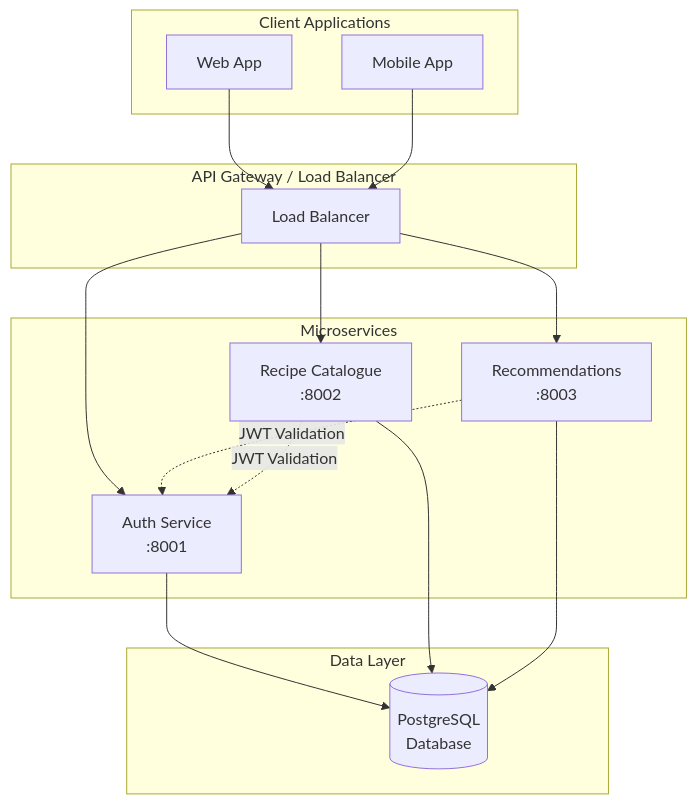
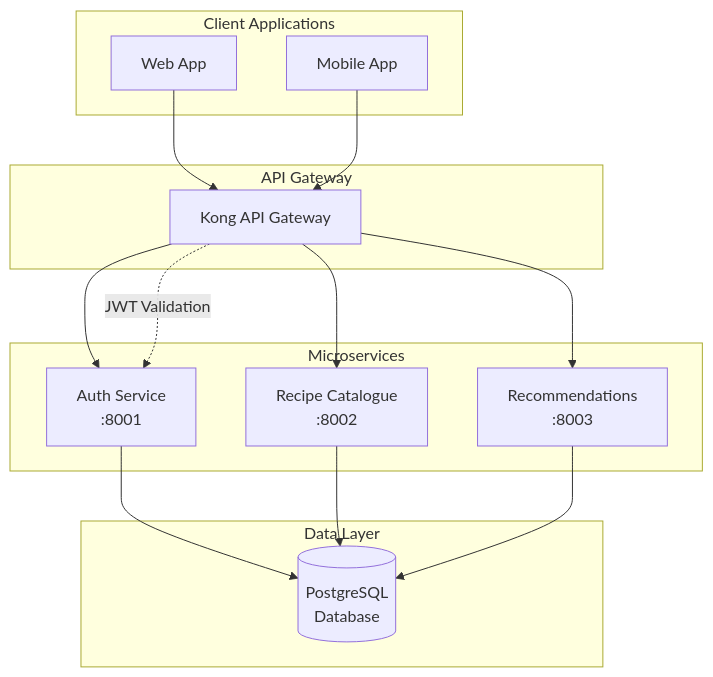
One commit to hannarijk/meal-prep changed the diagram in README.md. Above: the diagram before and after it, drawn with Mermaid. The commit also changed other lines of this file and 10 other files, not shown here.

````diff
--- a/README.md
+++ b/README.md
@@ -12,34 +12,33 @@
 ```mermaid
 graph TB
     subgraph "Client Applications"
         WEB[Web App]
         MOBILE[Mobile App]
     end
 
-    subgraph "API Gateway / Load Balancer"
-        LB[Load Balancer]
+    subgraph "API Gateway"
+        LB[Kong API Gateway]
     end
 
     subgraph "Microservices"
         AUTH[Auth Service<br/>:8001]
         RECIPES[Recipe Catalogue<br/>:8002] 
         REC[Recommendations<br/>:8003]
     end
 
     subgraph "Data Layer"
         DB[(PostgreSQL<br/>Database)]
     end
 
     WEB --> LB
     MOBILE --> LB
     LB --> AUTH
     LB --> RECIPES
     LB --> REC
     
     AUTH --> DB
     RECIPES --> DB
     REC --> DB
 
-    REC -.->|JWT Validation| AUTH
-    RECIPES -.->|JWT Validation| AUTH
+    LB -.->|JWT Validation| AUTH
 ```
````
